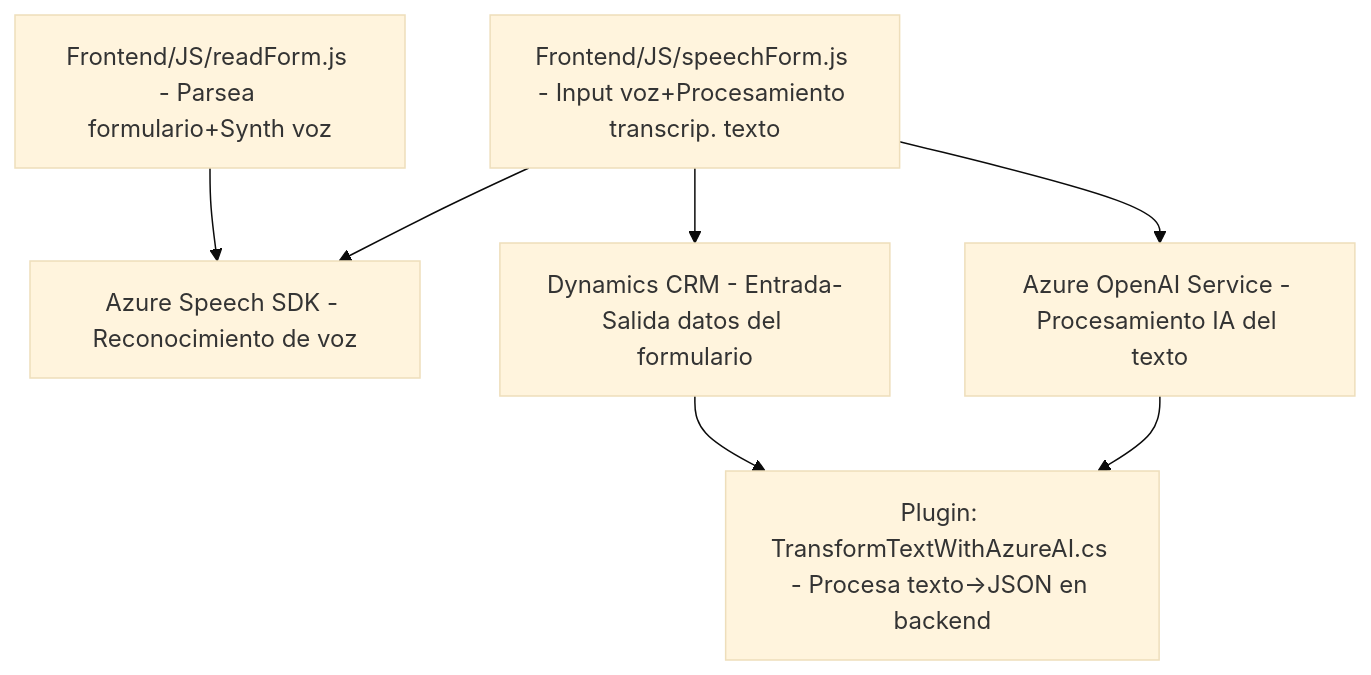
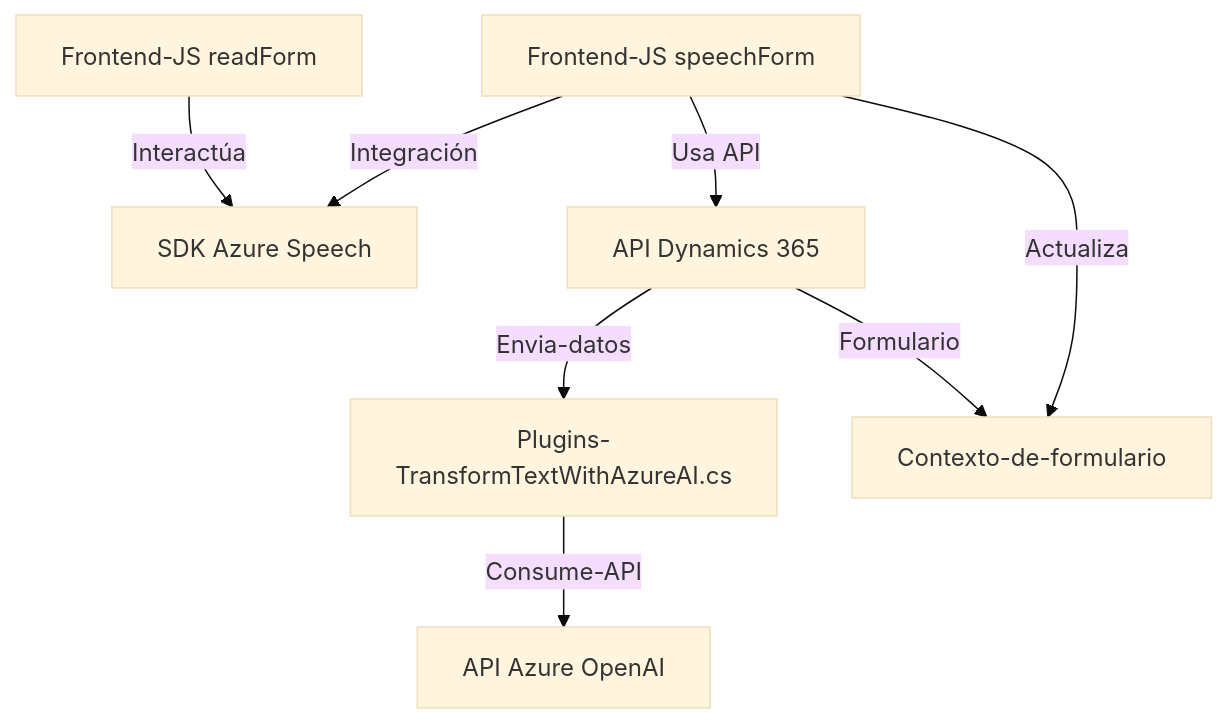
The diagram in README.md (blopezdm/NETCORE_BILBAO2025), drawn with Mermaid (base theme) before and after one commit. The commit also changed other lines of this file, not shown here.

````diff
--- a/README.md
+++ b/README.md
@@ -43,16 +44,10 @@
 ```mermaid
 graph TD
-    A["Frontend/JS/readForm.js - Parsea formulario+Synth voz"]
-    B["Frontend/JS/speechForm.js - Input voz+Procesamiento transcrip. texto"]
-    C["Azure Speech SDK - Reconocimiento de voz"]
-    D["Azure OpenAI Service - Procesamiento IA del texto"]
-    E["Dynamics CRM - Entrada-Salida datos del formulario"]
-    F["Plugin: TransformTextWithAzureAI.cs - Procesa texto->JSON en backend"]
-    
-    A --> C
-    B --> C
-    B --> D
-    B --> E
-    E --> F
-    D --> F
+  A["Frontend-JS readForm"] --> |Interactúa| B["SDK Azure Speech"]
+  C["Frontend-JS speechForm"] --> |Integración| B
+  C --> |Usa API| D["API Dynamics 365"]
+  D --> |Envia-datos| E["Plugins-TransformTextWithAzureAI.cs"]
+  E --> |Consume-API| F["API Azure OpenAI"]
+  D --> |Formulario| G["Contexto-de-formulario"]
+  C --> |Actualiza| G
 ```
````
